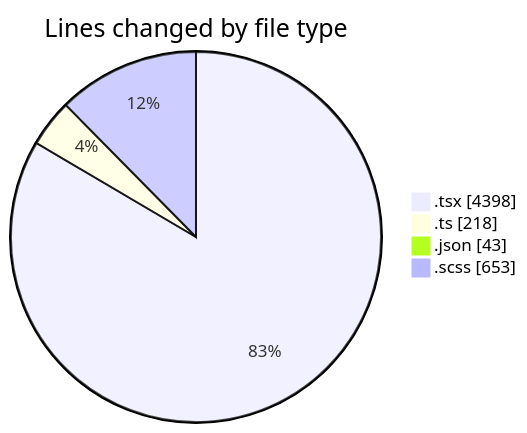
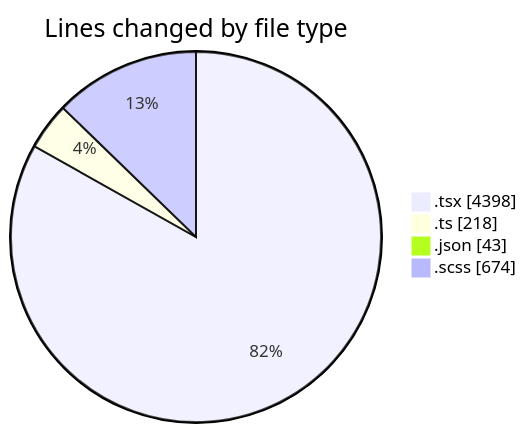
The first of 2 diagrams in 2025-09-23/cda/README.md (momahboobian/code-tracking), drawn with Mermaid before and after one commit. The commit also changed other lines of this file and 1 other file, not shown here.

````diff
--- a/2025-09-23/cda/README.md
+++ b/2025-09-23/cda/README.md
@@ -34,8 +34,8 @@
 ```mermaid
 pie showData
 title Lines changed by file type
 ".tsx" : 4398
 ".ts" : 218
 ".json" : 43
-".scss" : 653
+".scss" : 674
 ```
````
